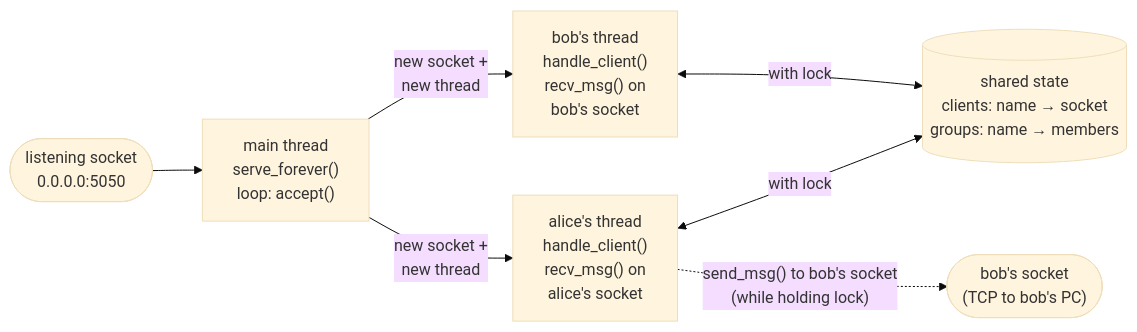
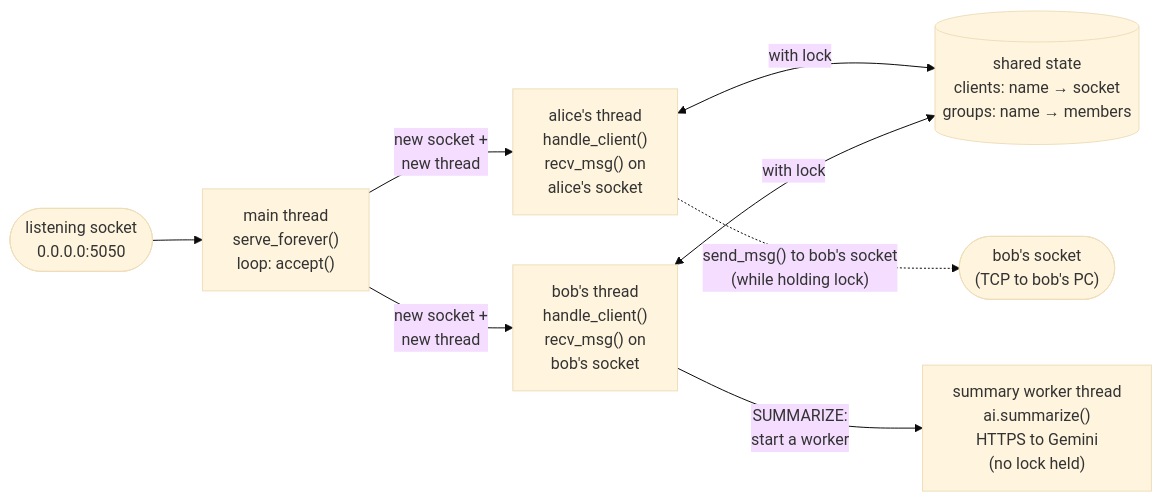
One commit to TanakritEuro/comnet-socket-chat changed the second of 5 diagrams in docs/ARCHITECTURE.md. Above: the diagram before and after it, drawn with Mermaid (base theme). The commit also changed other lines of this file and 13 other files, not shown here.

````diff
--- a/docs/ARCHITECTURE.md
+++ b/docs/ARCHITECTURE.md
@@ -44,9 +45,10 @@
 ```mermaid
 flowchart LR
     L(["listening socket<br/>0.0.0.0:5050"]) --> ACC["main thread<br/>serve_forever()<br/>loop: accept()"]
     ACC -->|"new socket +<br/>new thread"| T1["alice's thread<br/>handle_client()<br/>recv_msg() on<br/>alice's socket"]
     ACC -->|"new socket +<br/>new thread"| T2["bob's thread<br/>handle_client()<br/>recv_msg() on<br/>bob's socket"]
     T1 <-->|"with lock"| ST[("shared state<br/>clients: name → socket<br/>groups: name → members")]
     T2 <-->|"with lock"| ST
     T1 -.->|"send_msg() to bob's socket<br/>(while holding lock)"| BS(["bob's socket<br/>(TCP to bob's PC)"])
+    T2 -->|"SUMMARIZE:<br/>start a worker"| W["summary worker thread<br/>ai.summarize()<br/>HTTPS to Gemini<br/>(no lock held)"]
 ```
````
